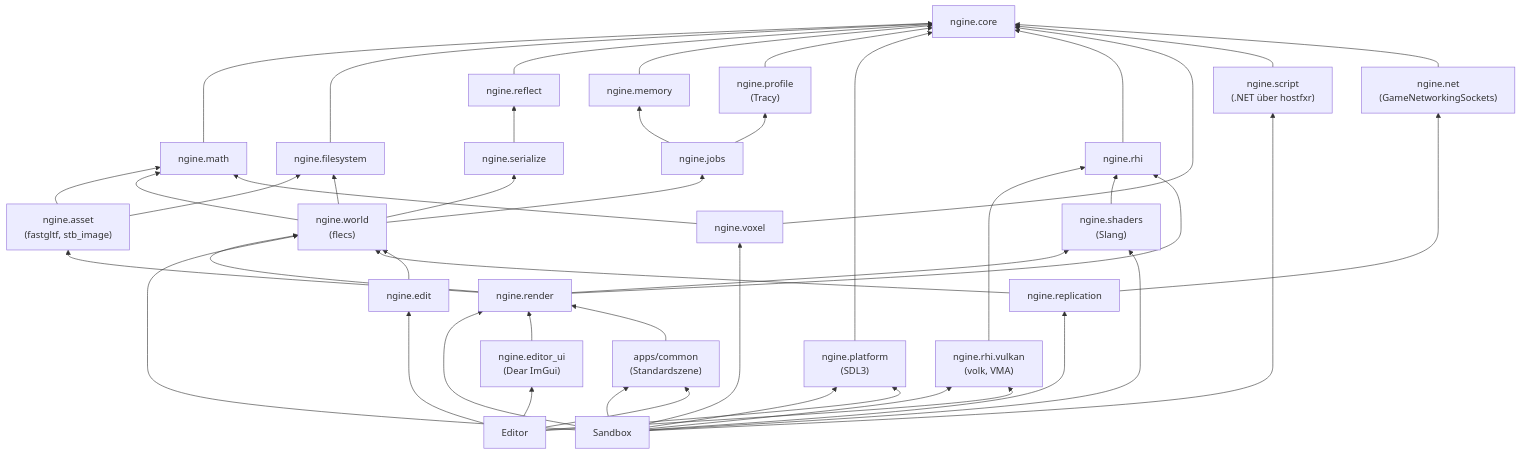
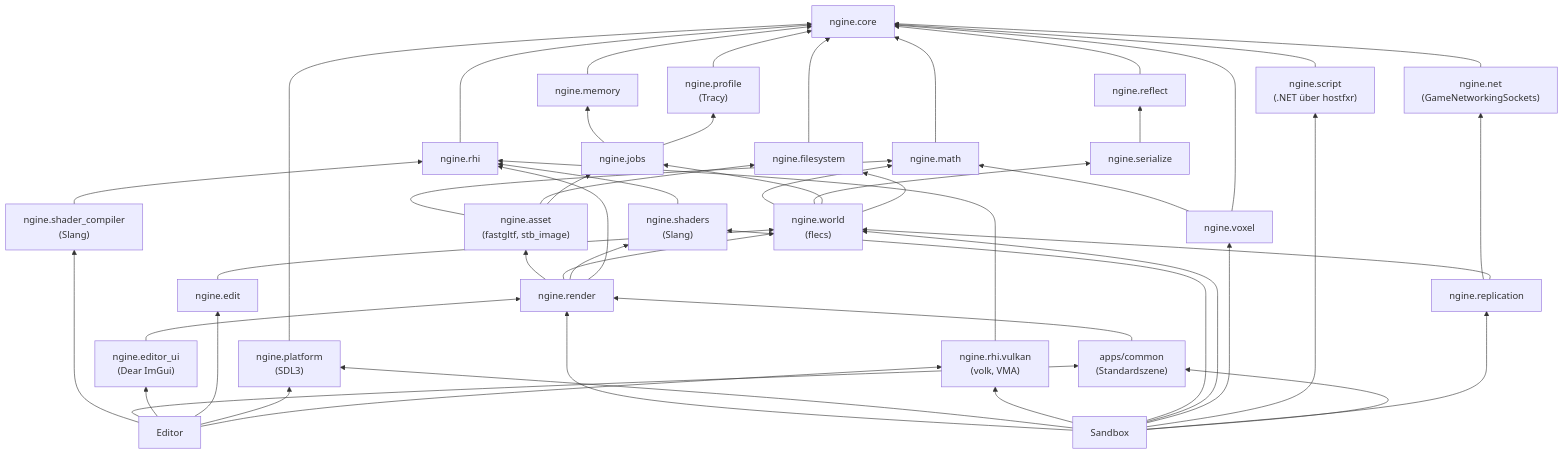
The second of 14 diagrams in docs/architecture.md (viiez/ngine), drawn with Mermaid before and after one commit. The commit also changed other lines of this file and 77 other files, not shown here.

````diff
--- a/docs/architecture.md
+++ b/docs/architecture.md
@@ -53,72 +54,76 @@
 ```mermaid
 flowchart BT
     core["ngine.core"]
     memory["ngine.memory"]
     jobs["ngine.jobs"]
     profile["ngine.profile<br/>(Tracy)"]
     platform["ngine.platform<br/>(SDL3)"]
     rhi["ngine.rhi"]
     vulkan["ngine.rhi.vulkan<br/>(volk, VMA)"]
     shaders["ngine.shaders<br/>(Slang)"]
     fs["ngine.filesystem"]
     reflect["ngine.reflect"]
     serialize["ngine.serialize"]
     world["ngine.world<br/>(flecs)"]
     voxel["ngine.voxel"]
     script["ngine.script<br/>(.NET über hostfxr)"]
     net["ngine.net<br/>(GameNetworkingSockets)"]
     replication["ngine.replication"]
     sandbox["Sandbox"]
     editor["Editor"]
     common["apps/common<br/>(Standardszene)"]
     editor_ui["ngine.editor_ui<br/>(Dear ImGui)"]
     edit["ngine.edit"]
     math["ngine.math"]
     render["ngine.render"]
     asset["ngine.asset<br/>(fastgltf, stb_image)"]
     math --> core
     asset --> math
     asset --> fs
+    asset --> jobs
+    shader_compiler["ngine.shader_compiler<br/>(Slang)"]
+    shader_compiler --> rhi
+    editor --> shader_compiler
     render --> asset
     render --> world
     render --> shaders
     world --> math
     voxel --> math
     fs --> core
     reflect --> core
     serialize --> reflect
     world --> serialize
     world --> jobs
     world --> fs
     memory --> core
     jobs --> memory
     jobs --> profile
     profile --> core
     platform --> core
     rhi --> core
     vulkan --> rhi
     shaders --> rhi
     render --> rhi
     sandbox --> render
     sandbox --> platform
     sandbox --> vulkan
     sandbox --> shaders
     sandbox --> world
     voxel --> core
     sandbox --> voxel
     script --> core
     sandbox --> script
     net --> core
     replication --> net
     replication --> world
     sandbox --> replication
     editor_ui --> render
     sandbox --> common
     editor --> common
     common --> render
     editor --> editor_ui
     editor --> edit
     edit --> world
     editor --> platform
     editor --> vulkan
 ```
````
